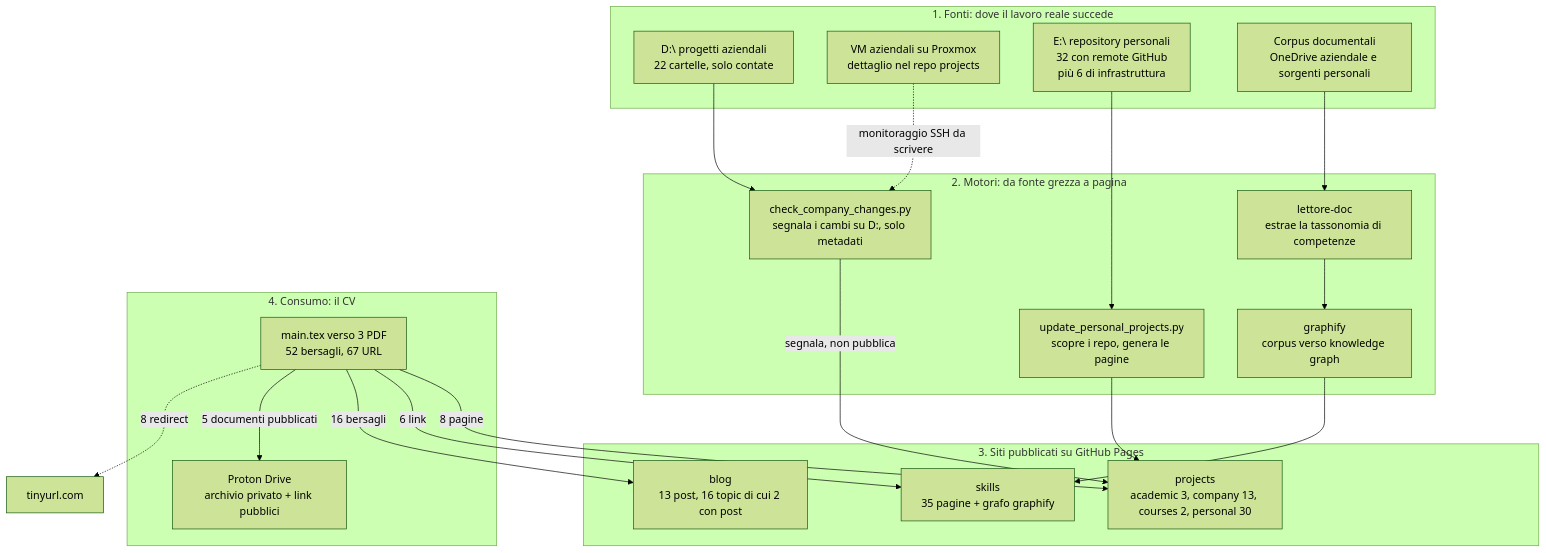
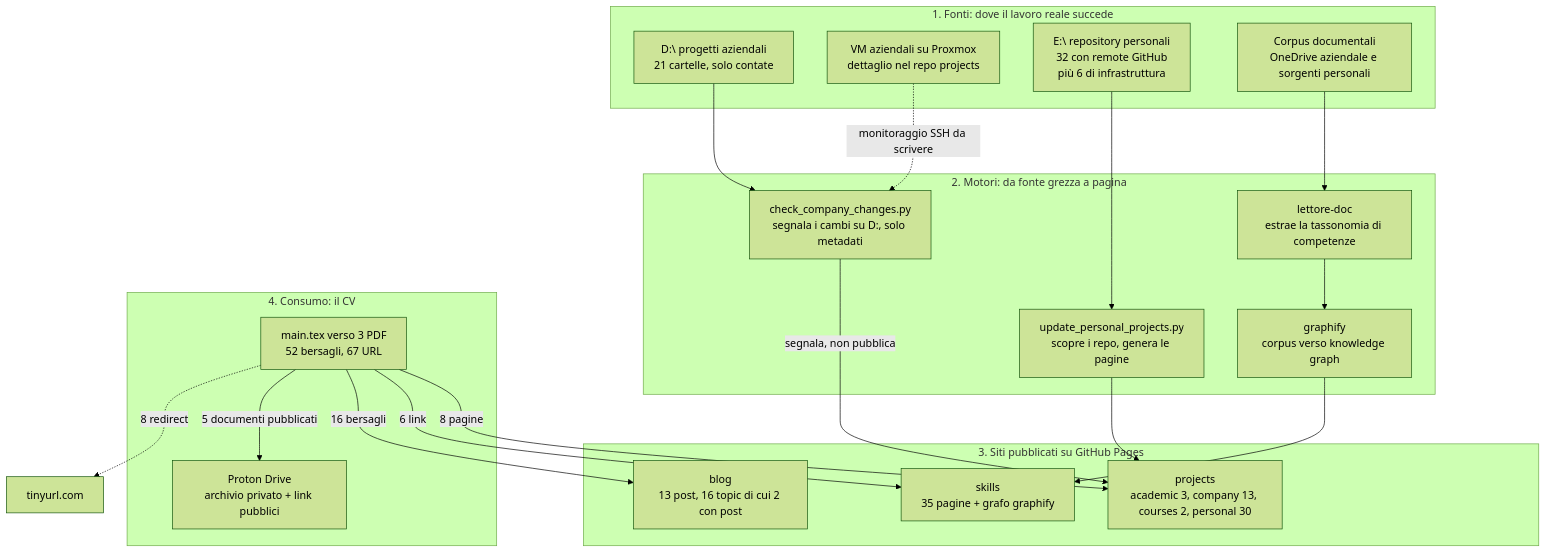
The diagram in .claude/context/architecture.md (alesop95/my-cv), drawn with Mermaid (forest theme) before and after one commit. The commit also changed 8 other files, not shown here.

````diff
--- a/.claude/context/architecture.md
+++ b/.claude/context/architecture.md
@@ -32,42 +32,42 @@
 ```mermaid
 flowchart TB
     subgraph FONTI["1. Fonti: dove il lavoro reale succede"]
-    D_ROOT["D:\ progetti aziendali<br/>22 cartelle, solo contate"]
+    D_ROOT["D:\ progetti aziendali<br/>21 cartelle, solo contate"]
     VM["VM aziendali su Proxmox<br/>dettaglio nel repo projects"]
     E_ROOT["E:\ repository personali<br/>32 con remote GitHub<br/>più 6 di infrastruttura"]
     DOCS["Corpus documentali<br/>OneDrive aziendale e sorgenti personali"]
     end
 
     subgraph MOTORI["2. Motori: da fonte grezza a pagina"]
     UPD["update_personal_projects.py<br/>scopre i repo, genera le pagine"]
     CHK["check_company_changes.py<br/>segnala i cambi su D:, solo metadati"]
     LETT["lettore-doc<br/>estrae la tassonomia di competenze"]
     GRAPHIFY["graphify<br/>corpus verso knowledge graph"]
     end
 
     subgraph SITI["3. Siti pubblicati su GitHub Pages"]
     S_PROJ["projects<br/>academic 3, company 13, courses 2, personal 30"]
     S_BLOG["blog<br/>13 post, 16 topic di cui 2 con post"]
     S_SKILLS["skills<br/>35 pagine + grafo graphify"]
     end
 
     subgraph CONSUMO["4. Consumo: il CV"]
     CV["main.tex verso 3 PDF<br/>52 bersagli, 67 URL"]
     PROTON["Proton Drive<br/>archivio privato + link pubblici"]
     end
 
     E_ROOT --> UPD
     D_ROOT --> CHK
     VM -.->|"monitoraggio SSH da scrivere"| CHK
     DOCS --> LETT
     LETT --> GRAPHIFY
     UPD --> S_PROJ
     CHK -->|"segnala, non pubblica"| S_PROJ
     GRAPHIFY --> S_SKILLS
 
     CV -->|"8 pagine"| S_PROJ
     CV -->|"6 link"| S_SKILLS
     CV -->|"16 bersagli"| S_BLOG
     CV -->|"5 documenti pubblicati"| PROTON
     CV -.->|"8 redirect"| TINY["tinyurl.com"]
 ```
````
